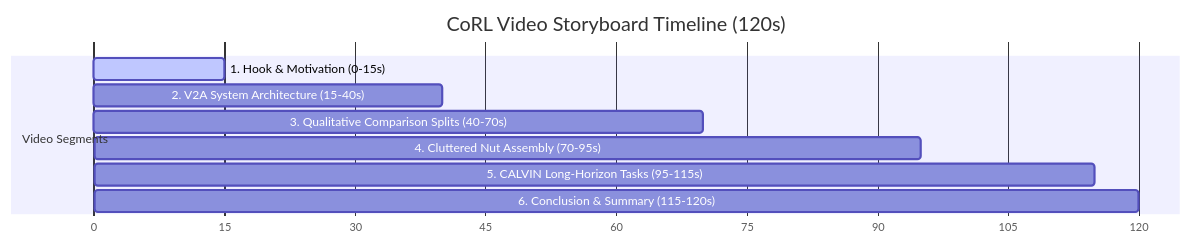
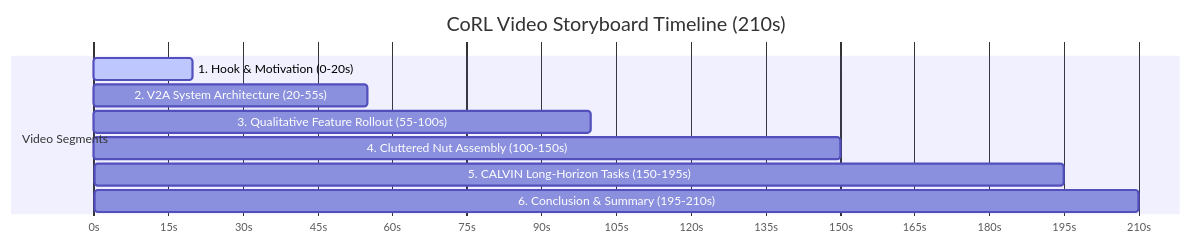
Before and after one commit to chrisantuseze/verify2act: the diagram in video_submission_guide.md, drawn with Mermaid. The commit also changed other lines of this file and 14 other files, not shown here.

````diff
--- a/video_submission_guide.md
+++ b/video_submission_guide.md
@@ -11,13 +11,13 @@
 ```mermaid
 gantt
-    title CoRL Video Storyboard Timeline (120s)
+    title CoRL Video Storyboard Timeline (210s)
     dateFormat  X
-    axisFormat %s
+    axisFormat %ss
     section Video Segments
-    1. Hook & Motivation (0-15s)          :active, 0, 15
-    2. V2A System Architecture (15-40s)   : 15, 40
-    3. Qualitative Comparison Splits (40-70s) : 40, 70
-    4. Cluttered Nut Assembly (70-95s)    : 70, 95
-    5. CALVIN Long-Horizon Tasks (95-115s) : 95, 115
-    6. Conclusion & Summary (115-120s)    : 115, 120
+    1. Hook & Motivation (0-20s)              :active, 0, 20
+    2. V2A System Architecture (20-55s)       : 20, 55
+    3. Qualitative Feature Rollout (55-100s)  : 55, 100
+    4. Cluttered Nut Assembly (100-150s)      : 100, 150
+    5. CALVIN Long-Horizon Tasks (150-195s)   : 150, 195
+    6. Conclusion & Summary (195-210s)        : 195, 210
 ```
````
